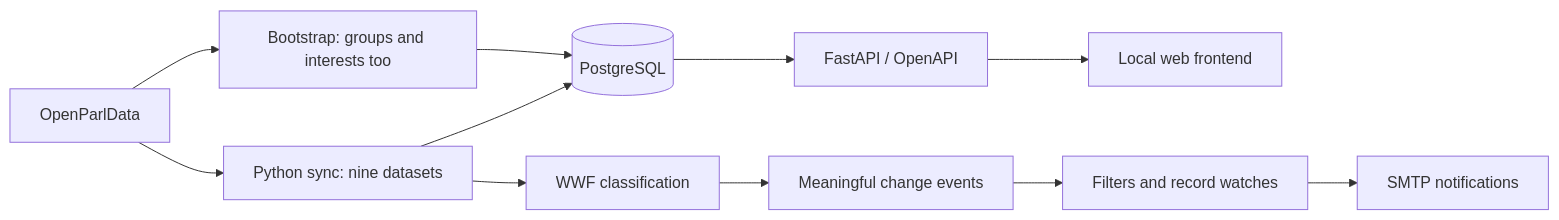
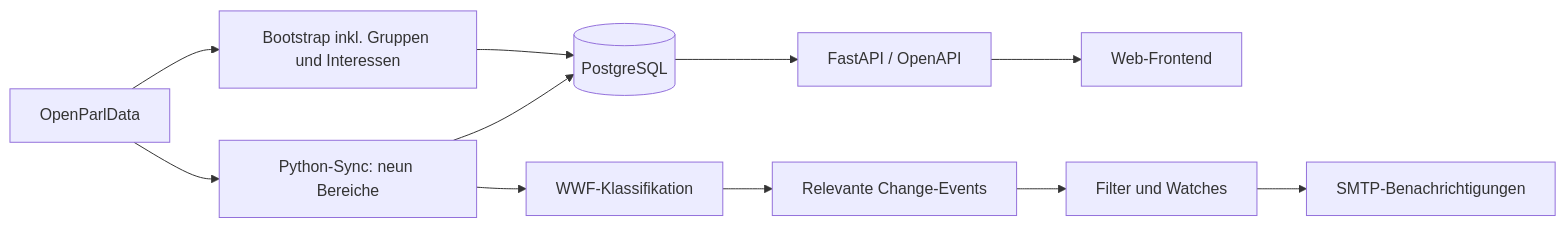
Before and after one commit to FatihHayyar/wwf-polit-assistant: the diagram in docs/wwf-requirements.md, drawn with Mermaid. The commit also changed other lines of this file and 20 other files, not shown here.

````diff
--- a/docs/wwf-requirements.md
+++ b/docs/wwf-requirements.md
@@ -42,13 +39,13 @@
 ```mermaid
 flowchart LR
-    Source[OpenParlData] --> Sync[Python sync: nine datasets]
-    Source --> Bootstrap[Bootstrap: groups and interests too]
+    Source[OpenParlData] --> Sync[Python-Sync: neun Bereiche]
+    Source --> Bootstrap[Bootstrap inkl. Gruppen und Interessen]
     Sync --> DB[(PostgreSQL)]
     Bootstrap --> DB
     DB --> API[FastAPI / OpenAPI]
-    API --> UI[Local web frontend]
-    Sync --> Classify[WWF classification]
-    Classify --> Events[Meaningful change events]
-    Events --> Match[Filters and record watches]
-    Match --> Mail[SMTP notifications]
+    API --> UI[Web-Frontend]
+    Sync --> Classify[WWF-Klassifikation]
+    Classify --> Events[Relevante Change-Events]
+    Events --> Match[Filter und Watches]
+    Match --> Mail[SMTP-Benachrichtigungen]
 ```
````
